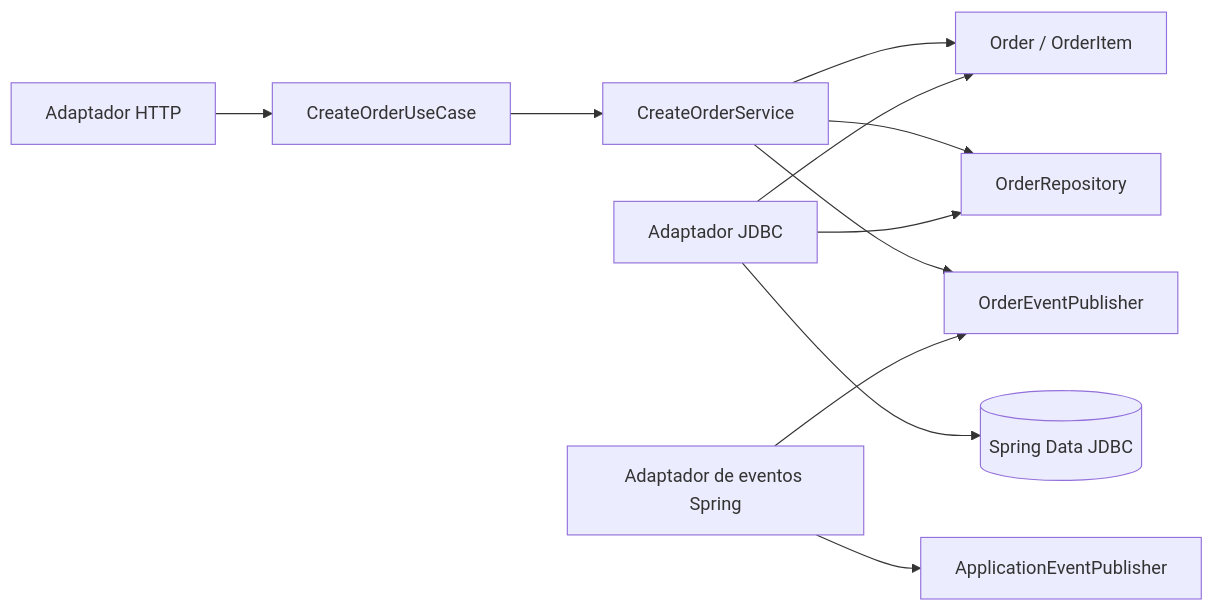
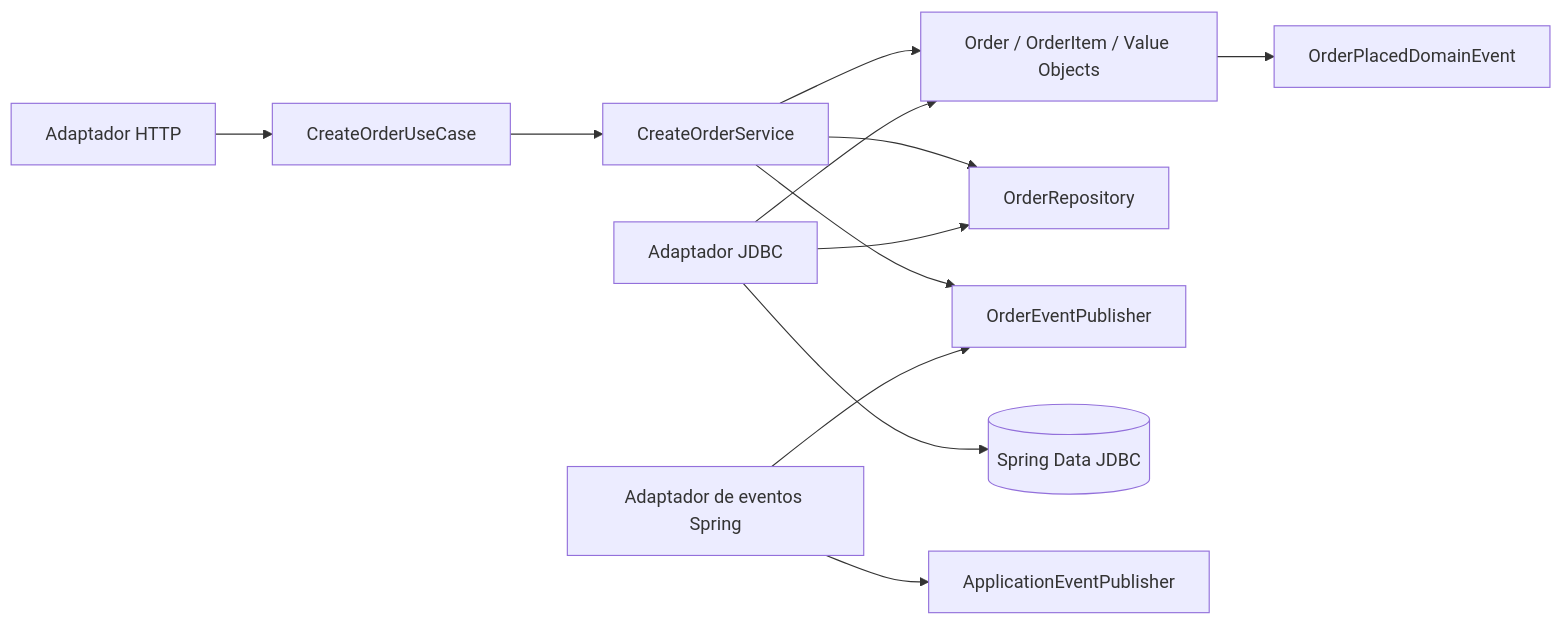
The second of 3 diagrams in docs/architecture.md (marcusvbrangel/ordermod), drawn with Mermaid before and after one commit. The commit also changed other lines of this file and 31 other files, not shown here.

````diff
--- a/docs/architecture.md
+++ b/docs/architecture.md
@@ -134,13 +144,14 @@
 ```mermaid
 flowchart LR
     HTTP[Adaptador HTTP] --> InPort[CreateOrderUseCase]
     InPort --> Service[CreateOrderService]
-    Service --> Domain[Order / OrderItem]
+    Service --> Domain[Order / OrderItem / Value Objects]
+    Domain --> DomainEvent[OrderPlacedDomainEvent]
     Service --> RepositoryPort[OrderRepository]
     Service --> EventPort[OrderEventPublisher]
     Persistence[Adaptador JDBC] --> RepositoryPort
     Persistence --> Domain
     Persistence --> JDBC[(Spring Data JDBC)]
     EventAdapter[Adaptador de eventos Spring] --> EventPort
     EventAdapter --> SpringEvents[ApplicationEventPublisher]
 ```
````
